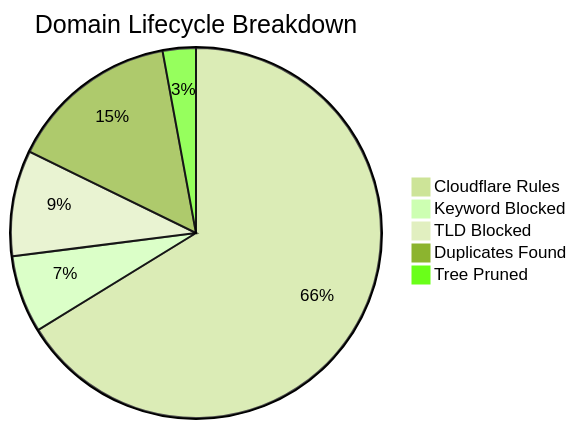
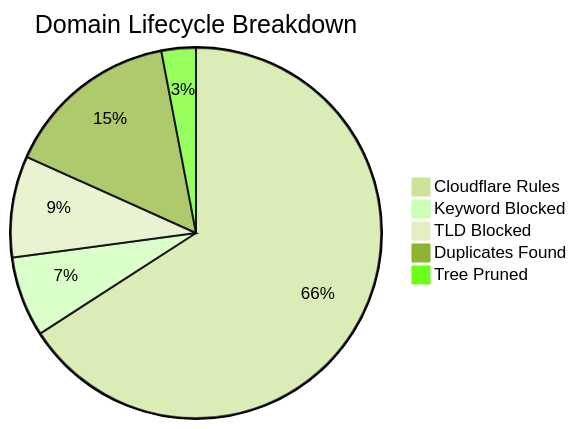
The diagram in README_STATS.md (brojangles24/Cloudflare-ZeroTrust-AdBlock), drawn with Mermaid (forest theme) before and after one commit. The commit also changed other lines of this file and 1 other file, not shown here.

````diff
--- a/README_STATS.md
+++ b/README_STATS.md
@@ -5,8 +5,8 @@
 ```mermaid
 pie title Domain Lifecycle Breakdown
-    "Cloudflare Rules" : 281553
-    "Keyword Blocked" : 28712
-    "TLD Blocked" : 39320
-    "Duplicates Found" : 63213
-    "Tree Pruned" : 12302
+    "Cloudflare Rules" : 269900
+    "Keyword Blocked" : 28662
+    "TLD Blocked" : 36249
+    "Duplicates Found" : 62573
+    "Tree Pruned" : 12297
 ```
````
